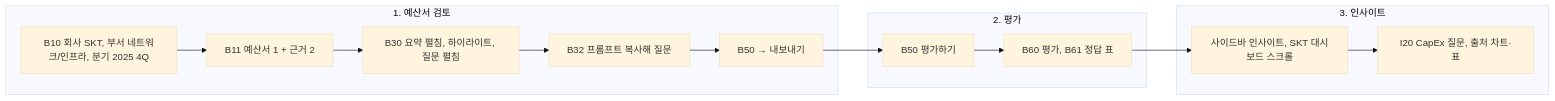
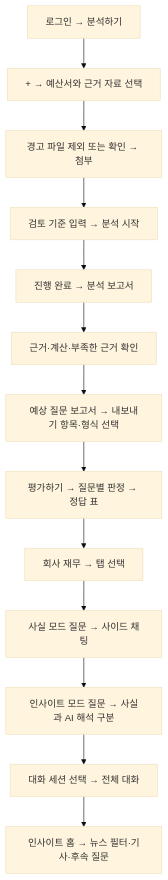
Before and after one commit to vamos-team/telescope: the second of 2 diagrams in docs/frontend/demo/ia.md, drawn with Mermaid (base theme). The commit also changed other lines of this file and 5 other files, not shown here.

````diff
--- a/docs/frontend/demo/ia.md
+++ b/docs/frontend/demo/ia.md
@@ -282,14 +452,15 @@
 ```mermaid
-flowchart LR
-  subgraph D1["1. 예산서 검토"]
-    a["B10 회사 SKT, 부서 네트워크/인프라, 분기 2025 4Q"] --> b["B11 예산서 1 + 근거 2"] --> c["B30 요약 펼침, 하이라이트, 질문 펼침"] --> d["B32 프롬프트 복사해 질문"] --> e["B50 → 내보내기"]
-  end
-  subgraph D2["2. 평가"]
-    f["B50 평가하기"] --> g["B60 평가, B61 정답 표"]
-  end
-  subgraph D3["3. 인사이트"]
-    h["사이드바 인사이트, SKT 대시보드 스크롤"] --> i["I20 CapEx 질문, 출처 차트·표"]
-  end
-  e --> f
-  g --> h
+flowchart TD
+  A["로그인 → 분석하기"] --> B["+ → 예산서와 근거 자료 선택"]
+  B --> C["경고 파일 제외 또는 확인 → 첨부"]
+  C --> D["검토 기준 입력 → 분석 시작"]
+  D --> E["진행 완료 → 분석 보고서"]
+  E --> F["근거·계산·부족한 근거 확인"]
+  F --> G["예상 질문 보고서 → 내보내기 항목·형식 선택"]
+  G --> H["평가하기 → 질문별 판정 → 정답 표"]
+  H --> I["회사 재무 → 탭 선택"]
+  I --> J["사실 모드 질문 → 사이드 채팅"]
+  J --> K["인사이트 모드 질문 → 사실과 AI 해석 구분"]
+  K --> L["대화 세션 선택 → 전체 대화"]
+  L --> M["인사이트 홈 → 뉴스 필터·기사·후속 질문"]
 ```
````
